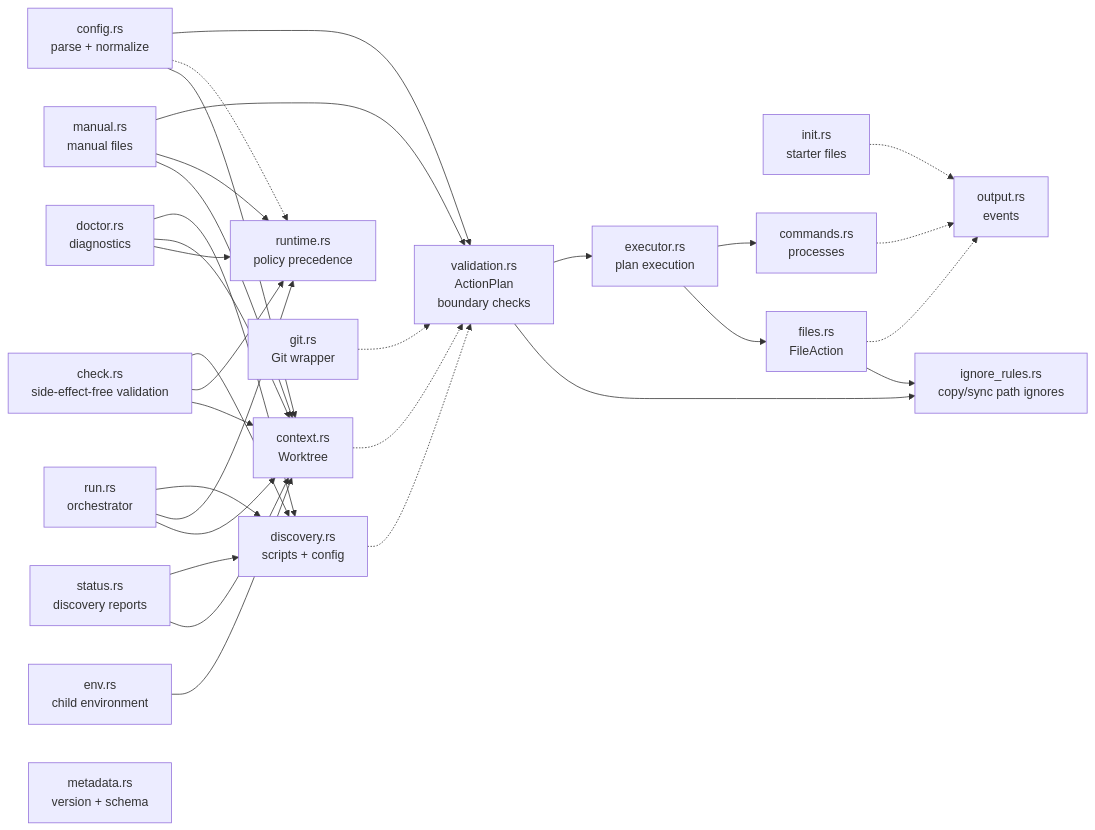
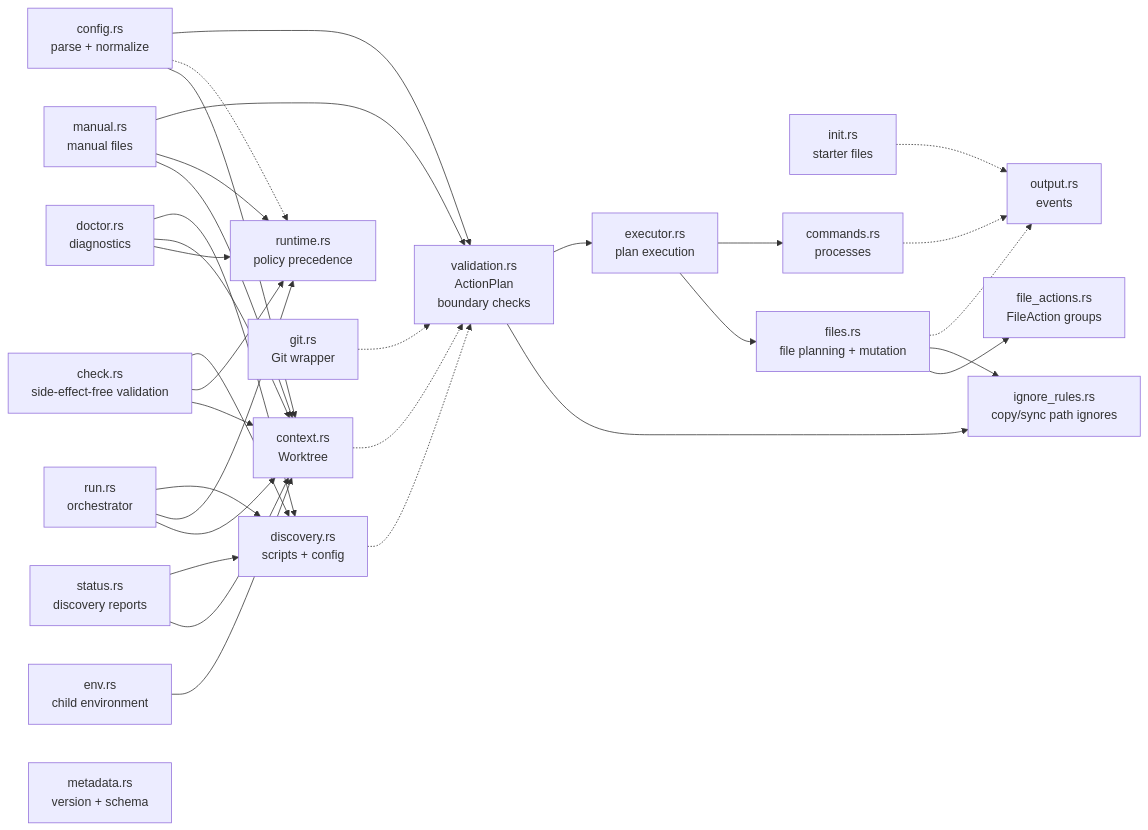
The fifth of 5 diagrams in docs/ARCHITECTURE.md (jimeh/treeboot), drawn with Mermaid before and after one commit. The commit also changed other lines of this file and 4 other files, not shown here.

````diff
--- a/docs/ARCHITECTURE.md
+++ b/docs/ARCHITECTURE.md
@@ -204,52 +204,54 @@
 ```mermaid
 flowchart LR
   RUN["run.rs<br/>orchestrator"]
   STATUS["status.rs<br/>discovery reports"]
   CHECK["check.rs<br/>side-effect-free validation"]
   DOCTOR["doctor.rs<br/>diagnostics"]
   ENV["env.rs<br/>child environment"]
   MANUAL["manual.rs<br/>manual files"]
   CONFIG["config.rs<br/>parse + normalize"]
   RUNTIME["runtime.rs<br/>policy precedence"]
   INIT["init.rs<br/>starter files"]
   META["metadata.rs<br/>version + schema"]
   CONTEXT["context.rs<br/>Worktree"]
   DISC["discovery.rs<br/>scripts + config"]
   GIT["git.rs<br/>Git wrapper"]
   IGNORE["ignore_rules.rs<br/>copy/sync path ignores"]
   EXEC["executor.rs<br/>plan execution"]
   VALID["validation.rs<br/>ActionPlan<br/>boundary checks"]
-  FILES["files.rs<br/>FileAction"]
+  FILE_ACTIONS["file_actions.rs<br/>FileAction groups"]
+  FILES["files.rs<br/>file planning + mutation"]
   CMDS["commands.rs<br/>processes"]
   OUT["output.rs<br/>events"]
 
   RUN --> CONTEXT
   RUN --> RUNTIME
   RUN --> DISC
   STATUS --> CONTEXT
   STATUS --> DISC
   CHECK --> CONTEXT
   CHECK --> RUNTIME
   CHECK --> DISC
   DOCTOR --> RUNTIME
   DOCTOR --> CONTEXT
   DOCTOR --> DISC
   ENV --> CONTEXT
   MANUAL --> CONTEXT
   MANUAL --> RUNTIME
   CONFIG --> CONTEXT
   CONFIG -.-> RUNTIME
   CONTEXT -.-> VALID
   DISC -.-> VALID
   GIT -.-> VALID
   CONFIG --> VALID
   MANUAL --> VALID
   VALID --> IGNORE
+  FILES --> FILE_ACTIONS
   FILES --> IGNORE
   VALID --> EXEC
   EXEC --> FILES
   EXEC --> CMDS
   INIT -.-> OUT
   FILES -.-> OUT
   CMDS -.-> OUT
 ```
````
